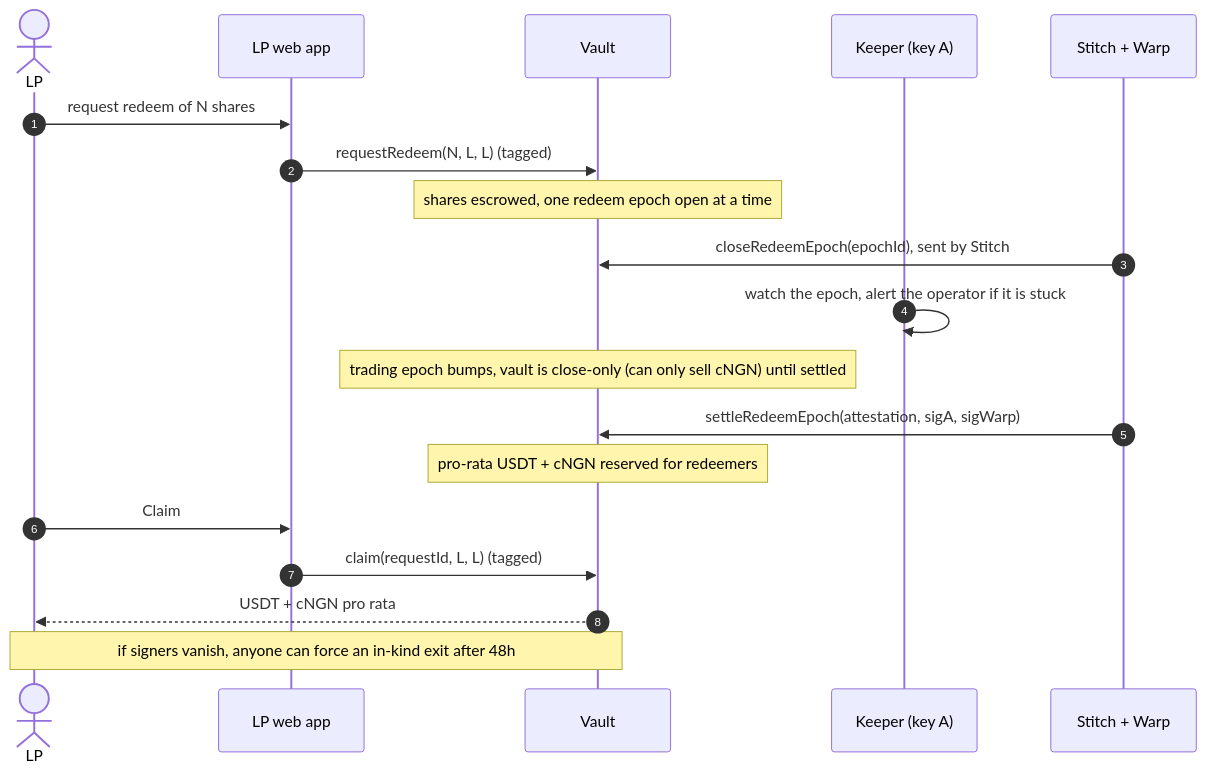
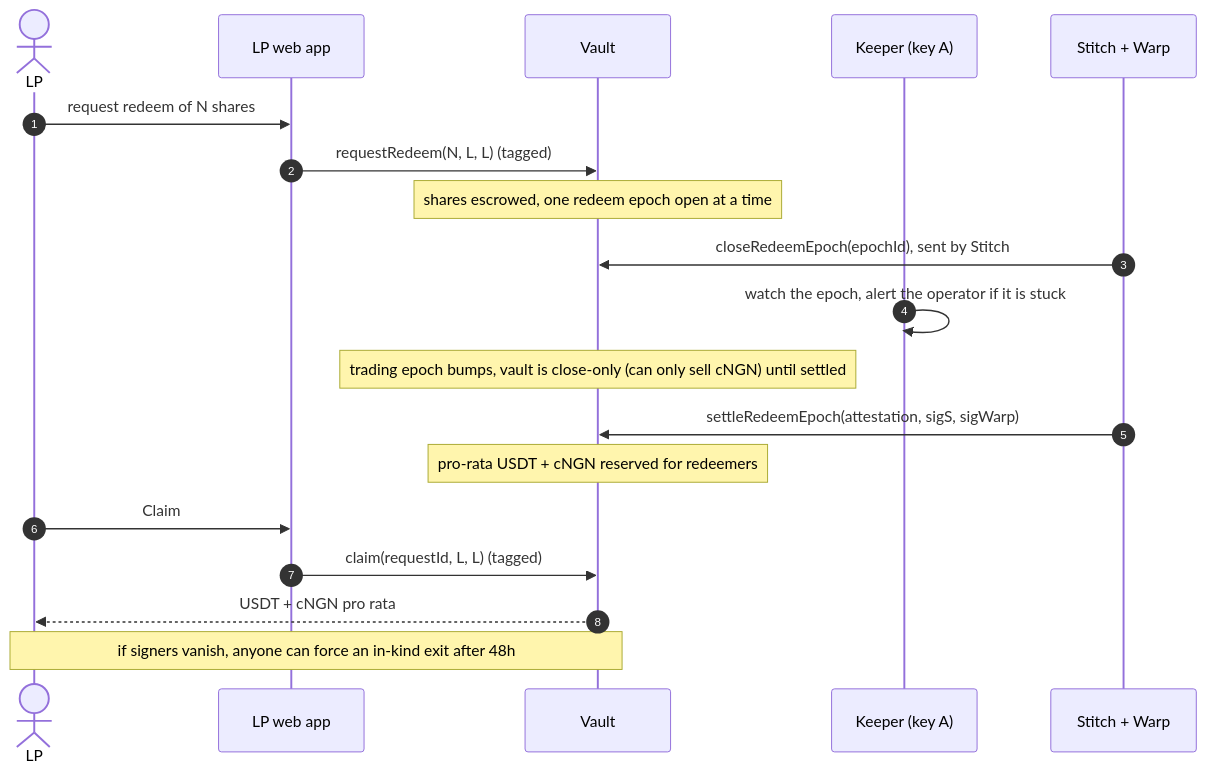
One commit to Kanasjnr/naira-desk changed the seventh of 16 diagrams in docs/ARCHITECTURE.md. Above: the diagram before and after it, drawn with Mermaid. The commit also changed other lines of this file, not shown here.

````diff
--- a/docs/ARCHITECTURE.md
+++ b/docs/ARCHITECTURE.md
@@ -313,21 +320,21 @@
 ```mermaid
 sequenceDiagram
   autonumber
   actor L as LP
   participant A as LP web app
   participant V as Vault
   participant K as Keeper (key A)
   participant N as Stitch + Warp
   L->>A: request redeem of N shares
   A->>V: requestRedeem(N, L, L) (tagged)
   Note over V: shares escrowed, one redeem epoch open at a time
   N->>V: closeRedeemEpoch(epochId), sent by Stitch
   K->>K: watch the epoch, alert the operator if it is stuck
   Note over V: trading epoch bumps, vault is close-only (can only sell cNGN) until settled
-  N->>V: settleRedeemEpoch(attestation, sigA, sigWarp)
+  N->>V: settleRedeemEpoch(attestation, sigS, sigWarp)
   Note over V: pro-rata USDT + cNGN reserved for redeemers
   L->>A: Claim
   A->>V: claim(requestId, L, L) (tagged)
   V-->>L: USDT + cNGN pro rata
   Note over L,V: if signers vanish, anyone can force an in-kind exit after 48h
 ```
````
